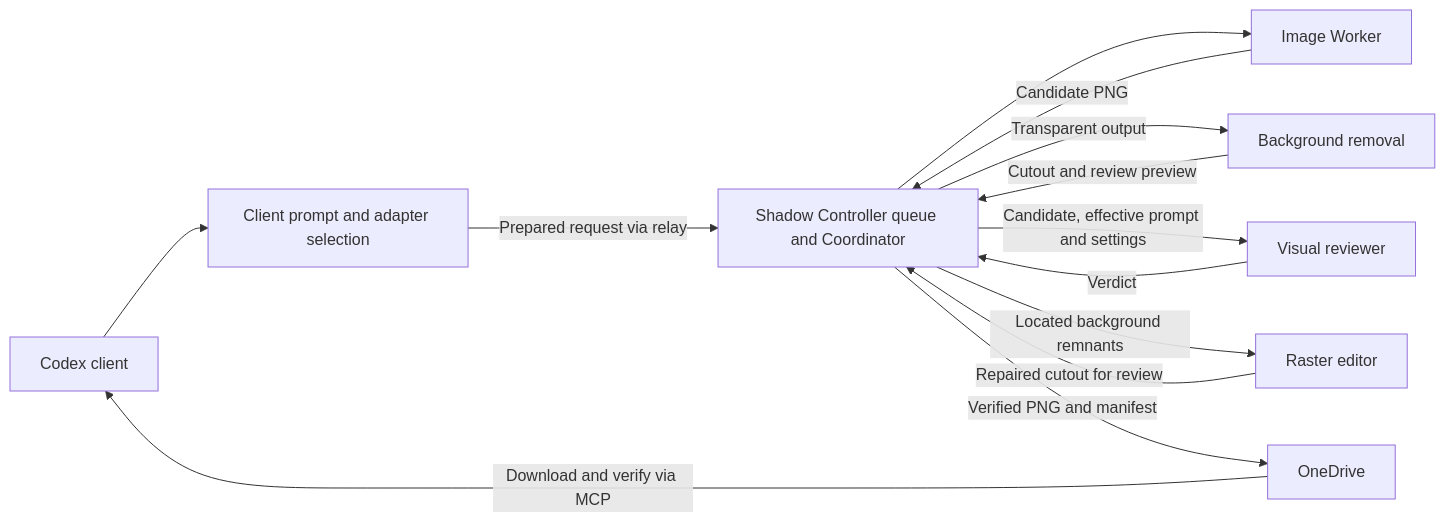
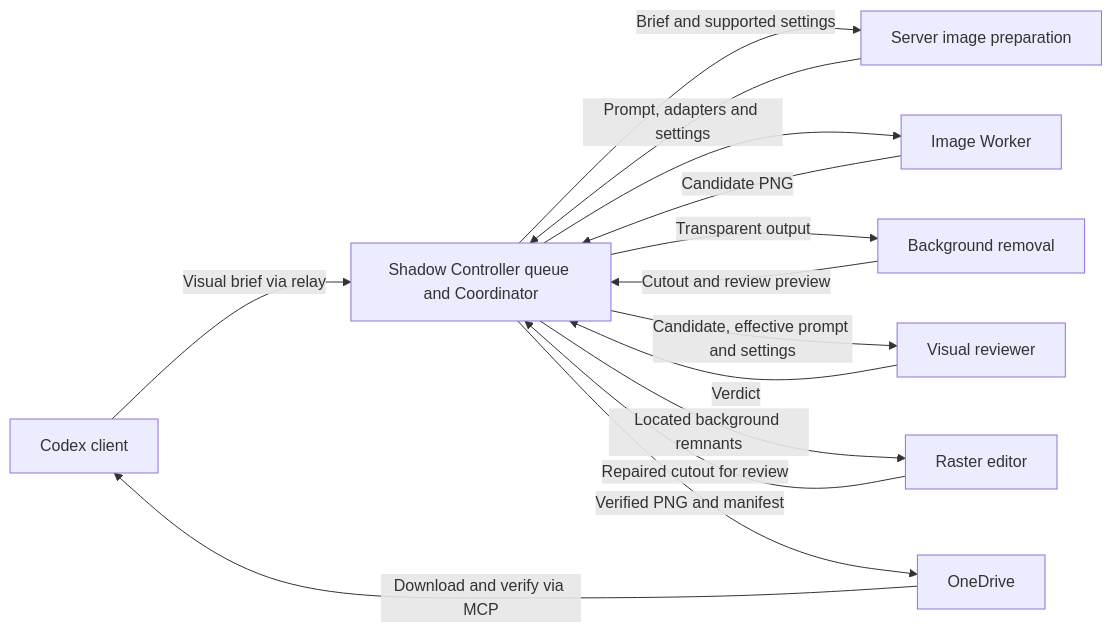
One commit to DRincs-Productions/LM-Studio changed diagram 13 of 13 in README.md. Above: the diagram before and after it, drawn with Mermaid. The commit also changed other lines of this file and 14 other files, not shown here.

Commit message:
Plan image prompts and settings on Shadow Controller

````diff
--- a/README.md
+++ b/README.md
@@ -579,15 +579,16 @@
 ```mermaid
 flowchart LR
-    A[Codex client] --> D[Client prompt and adapter selection]
-    D -->|Prepared request via relay| S[Shadow Controller queue and Coordinator]
+    A[Codex client] -->|Visual brief via relay| S[Shadow Controller queue and Coordinator]
+    S -->|Brief and supported settings| D[Server image preparation]
+    D -->|Prompt, adapters and settings| S
     S --> I[Image Worker]
     I -->|Candidate PNG| S
     S -->|Transparent output| T[Background removal]
     T -->|Cutout and review preview| S
     S -->|Candidate, effective prompt and settings| R[Visual reviewer]
     R -->|Verdict| S
     S -->|Located background remnants| P[Raster editor]
     P -->|Repaired cutout for review| S
     S -->|Verified PNG and manifest| O[OneDrive]
     O -->|Download and verify via MCP| A
 ```
````
